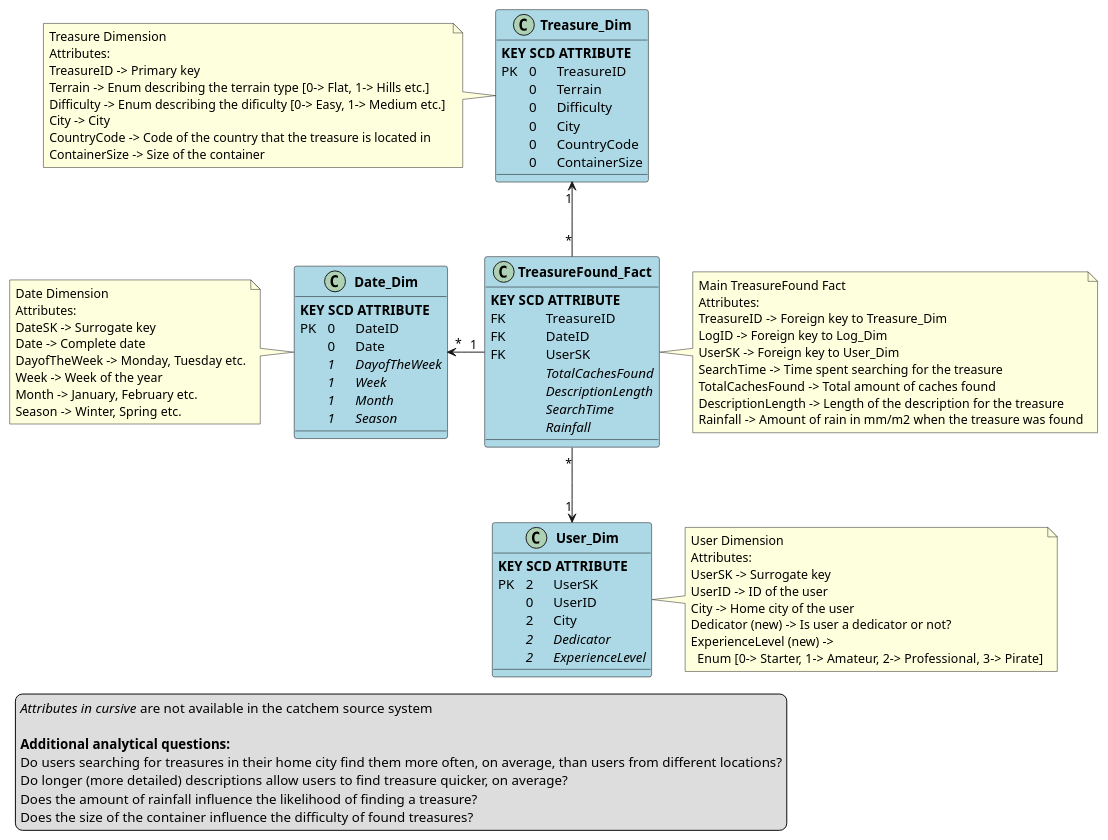
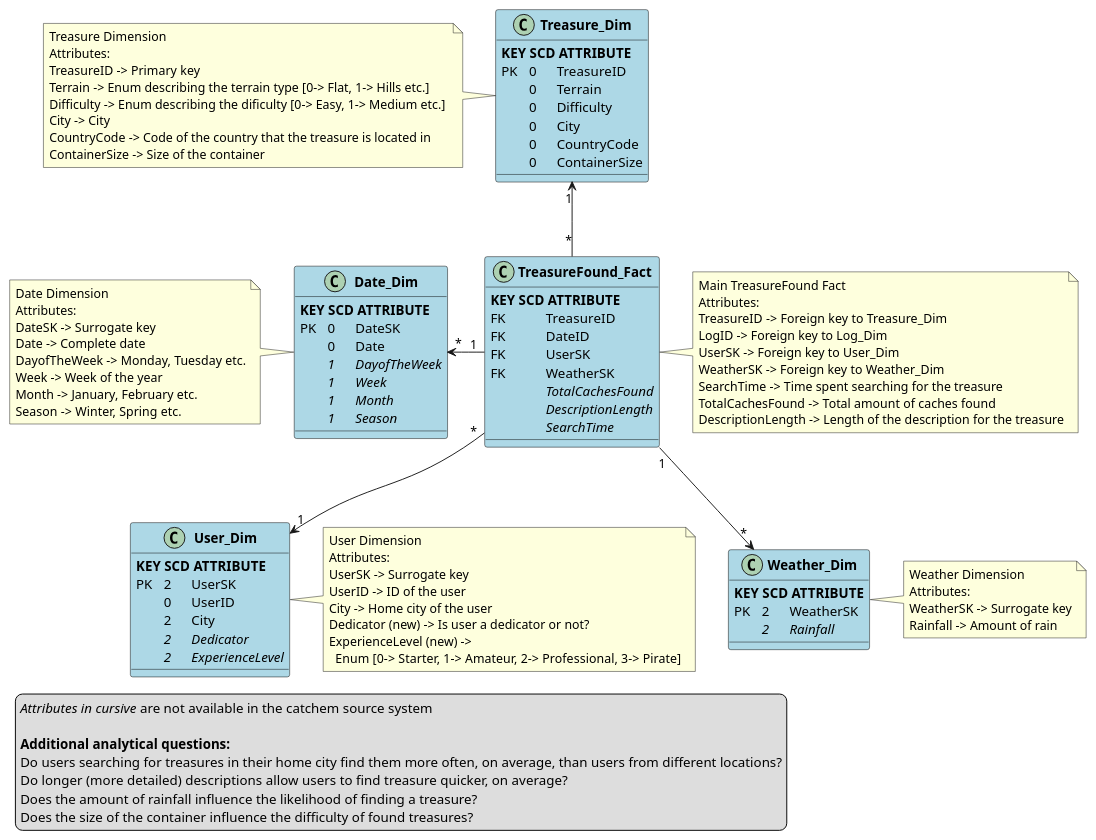
One commit to Miyan1/Data-4 changed the diagram in logical_star_model/stardiagram_radoslaw_stepien.puml. Above: the diagram before and after it, drawn with PlantUML. The commit also changed 1 other file, not shown here.

Commit message:
update star diagram

```diff
--- a/logical_star_model/stardiagram_radoslaw_stepien.puml
+++ b/logical_star_model/stardiagram_radoslaw_stepien.puml
@@ -1,110 +1,124 @@
 @startuml
 <style>
 class {
     BackGroundColor lightblue
     LineColor black 
     FontColor black 
     HeaderFontStyle bold 
 }
 </style>
 
 class "**TreasureFound_Fact**" as TreasureFound_Fact {
   **KEY SCD ATTRIBUTE**
   FK\t\tTreasureID
   FK\t\tDateID
-  FK\t\tUserSK 
+  FK\t\tUserSK
+  FK\t\tWeatherSK
   //\t\tTotalCachesFound//
   //\t\tDescriptionLength//
   //\t\tSearchTime//
-  //\t\tRainfall//
 }
 
 note right of TreasureFound_Fact
 Main TreasureFound Fact
 Attributes:
 TreasureID -> Foreign key to Treasure_Dim
 LogID -> Foreign key to Log_Dim
 UserSK -> Foreign key to User_Dim
+WeatherSK -> Foreign key to Weather_Dim
 SearchTime -> Time spent searching for the treasure
 TotalCachesFound -> Total amount of caches found
 DescriptionLength -> Length of the description for the treasure
-Rainfall -> Amount of rain in mm/m2 when the treasure was found
 end note
 
 class "**Treasure_Dim**" as Treasure_Dim {
   **KEY SCD ATTRIBUTE**
   PK\t0\tTreasureID
   \t0\tTerrain
   \t0\tDifficulty
   \t0\tCity
   \t0\tCountryCode
   \t0\tContainerSize 
 }
 
 note left of Treasure_Dim 
 Treasure Dimension
 Attributes:
 TreasureID -> Primary key
 Terrain -> Enum describing the terrain type [0-> Flat, 1-> Hills etc.]
 Difficulty -> Enum describing the dificulty [0-> Easy, 1-> Medium etc.] 
 City -> City
 CountryCode -> Code of the country that the treasure is located in
 ContainerSize -> Size of the container
 end note
 
 class "**User_Dim**" as User_Dim {
   **KEY SCD ATTRIBUTE**
   PK\t2\tUserSK
   \t0\tUserID
   \t2\tCity
   //\t2\tDedicator//
   //\t2\tExperienceLevel// 
 }
 
 note right of User_Dim
 User Dimension
 Attributes:
 UserSK -> Surrogate key
 UserID -> ID of the user
 City -> Home city of the user
 Dedicator (new) -> Is user a dedicator or not?
 ExperienceLevel (new) ->
   Enum [0-> Starter, 1-> Amateur, 2-> Professional, 3-> Pirate]
 end note
 
 class "**Date_Dim**" as Date_Dim {
   **KEY SCD ATTRIBUTE**
-  PK\t0\tDateID
+  PK\t0\tDateSK
   \t0\tDate
   //\t1\tDayofTheWeek//
   //\t1\tWeek//
   //\t1\tMonth//
   //\t1\tSeason//
 }
 
 note left of Date_Dim
 Date Dimension
 Attributes:
 DateSK -> Surrogate key
 Date -> Complete date
 DayofTheWeek -> Monday, Tuesday etc.
 Week -> Week of the year
 Month -> January, February etc.
 Season -> Winter, Spring etc.
 end note
 
+class "**Weather_Dim**" as Weather_Dim {
+  **KEY SCD ATTRIBUTE**
+  PK\t2\tWeatherSK
+  //\t2\tRainfall//
+}
+
+note right of Weather_Dim
+Weather Dimension
+Attributes:
+WeatherSK -> Surrogate key
+Rainfall -> Amount of rain
+end note
+
 TreasureFound_Fact -up-> Treasure_Dim : "*" "1"
 TreasureFound_Fact -down-> User_Dim : "*" "1"
 TreasureFound_Fact -left-> Date_Dim : "1" "*"
+TreasureFound_Fact -down-> Weather_Dim : "1" "*"
 
 legend left
 //Attributes in cursive// are not available in the catchem source system
 
 **Additional analytical questions:**
 Do users searching for treasures in their home city find them more often, on average, than users from different locations?
 Do longer (more detailed) descriptions allow users to find treasure quicker, on average?
 Does the amount of rainfall influence the likelihood of finding a treasure?
 Does the size of the container influence the difficulty of found treasures?
 end legend
 
 @enduml
```
